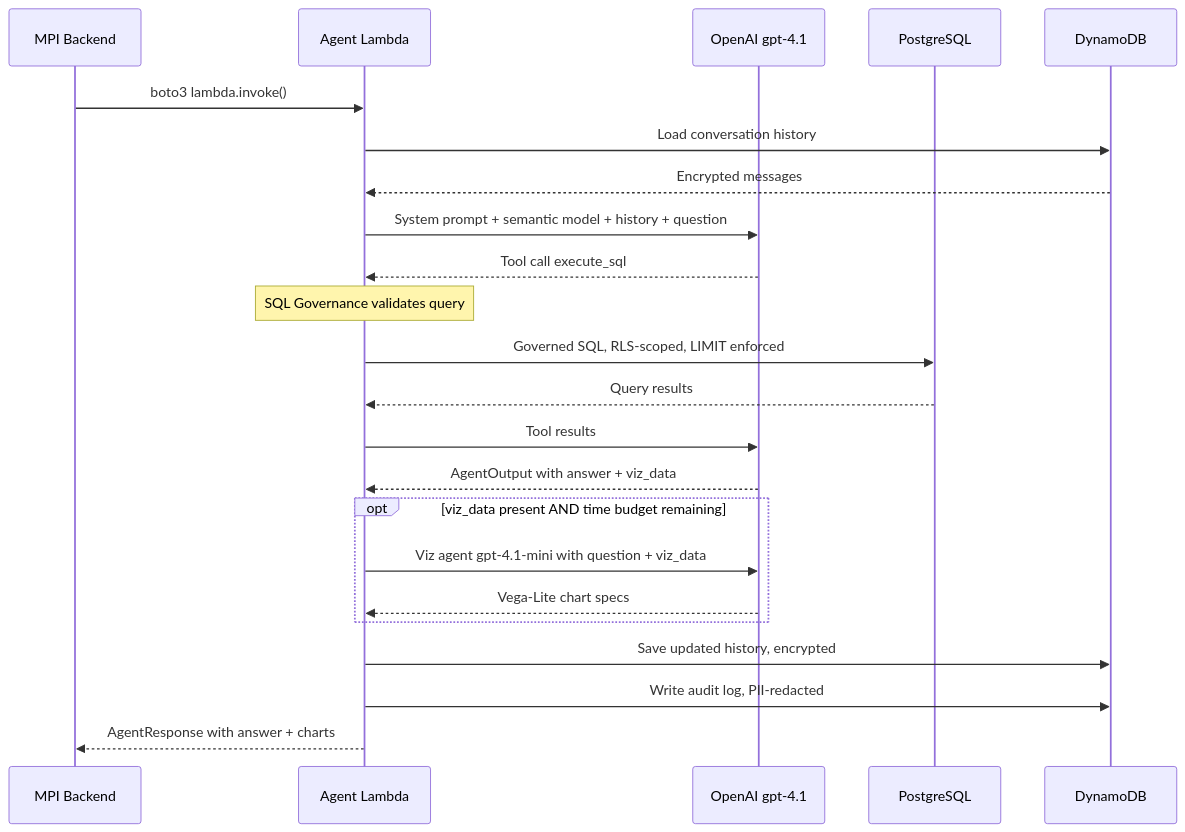
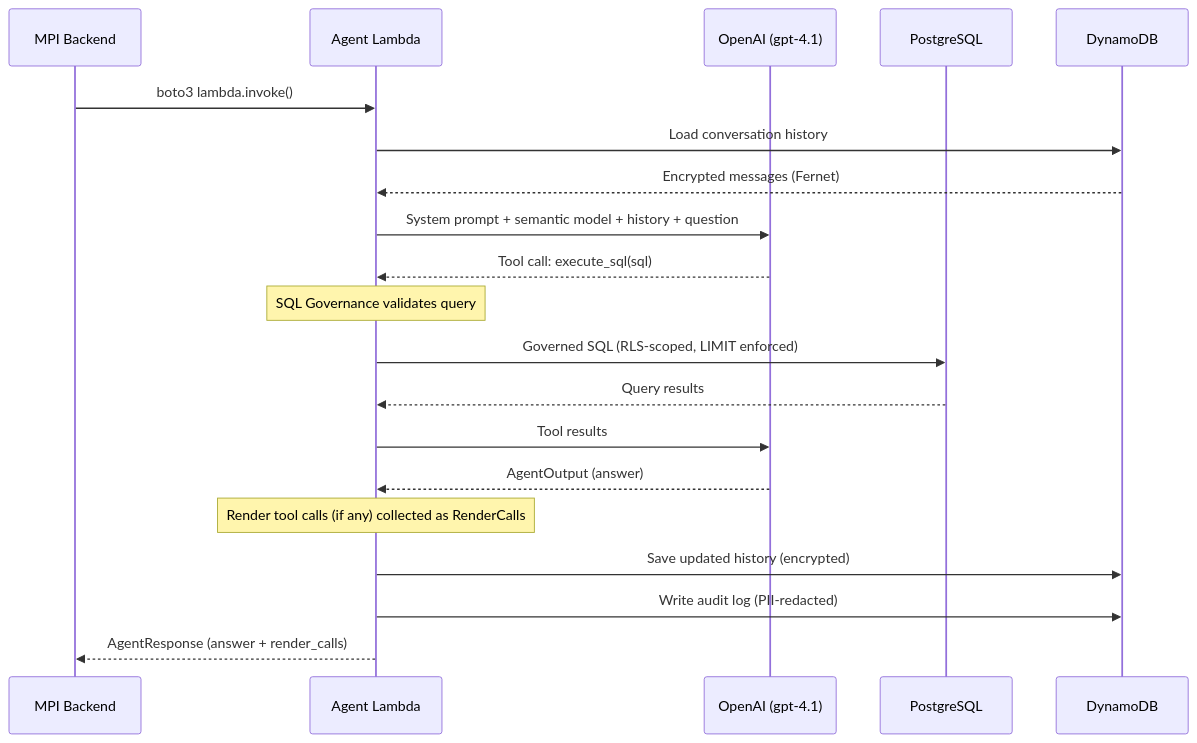
The second of 2 diagrams in README.md (maxibove13/finance-query-agent), drawn with Mermaid before and after one commit. The commit also changed other lines of this file and 22 other files, not shown here.

First line of the commit message:
feat: refactor semantic layer, single SQL tool with governance + generative UI render tools [MPI-209] (#30)

````diff
--- a/README.md
+++ b/README.md
@@ -61,32 +73,29 @@
 ```mermaid
 sequenceDiagram
     participant Client as MPI Backend
     participant Lambda as Agent Lambda
-    participant LLM as OpenAI gpt-4.1
+    participant LLM as OpenAI (gpt-4.1)
     participant PG as PostgreSQL
     participant Dynamo as DynamoDB
 
     Client->>Lambda: boto3 lambda.invoke()
 
     Lambda->>Dynamo: Load conversation history
-    Dynamo-->>Lambda: Encrypted messages
+    Dynamo-->>Lambda: Encrypted messages (Fernet)
 
     Lambda->>LLM: System prompt + semantic model + history + question
-    LLM-->>Lambda: Tool call execute_sql
+    LLM-->>Lambda: Tool call: execute_sql(sql)
 
     Note over Lambda: SQL Governance validates query
-    Lambda->>PG: Governed SQL, RLS-scoped, LIMIT enforced
+    Lambda->>PG: Governed SQL (RLS-scoped, LIMIT enforced)
     PG-->>Lambda: Query results
 
     Lambda->>LLM: Tool results
-    LLM-->>Lambda: AgentOutput with answer + viz_data
+    LLM-->>Lambda: AgentOutput (answer)
 
-    opt viz_data present AND time budget remaining
-        Lambda->>LLM: Viz agent gpt-4.1-mini with question + viz_data
-        LLM-->>Lambda: Vega-Lite chart specs
-    end
+    Note over Lambda: Render tool calls (if any) collected as RenderCalls
 
-    Lambda->>Dynamo: Save updated history, encrypted
-    Lambda->>Dynamo: Write audit log, PII-redacted
-    Lambda-->>Client: AgentResponse with answer + charts
+    Lambda->>Dynamo: Save updated history (encrypted)
+    Lambda->>Dynamo: Write audit log (PII-redacted)
+    Lambda-->>Client: AgentResponse (answer + render_calls)
 ```
````
